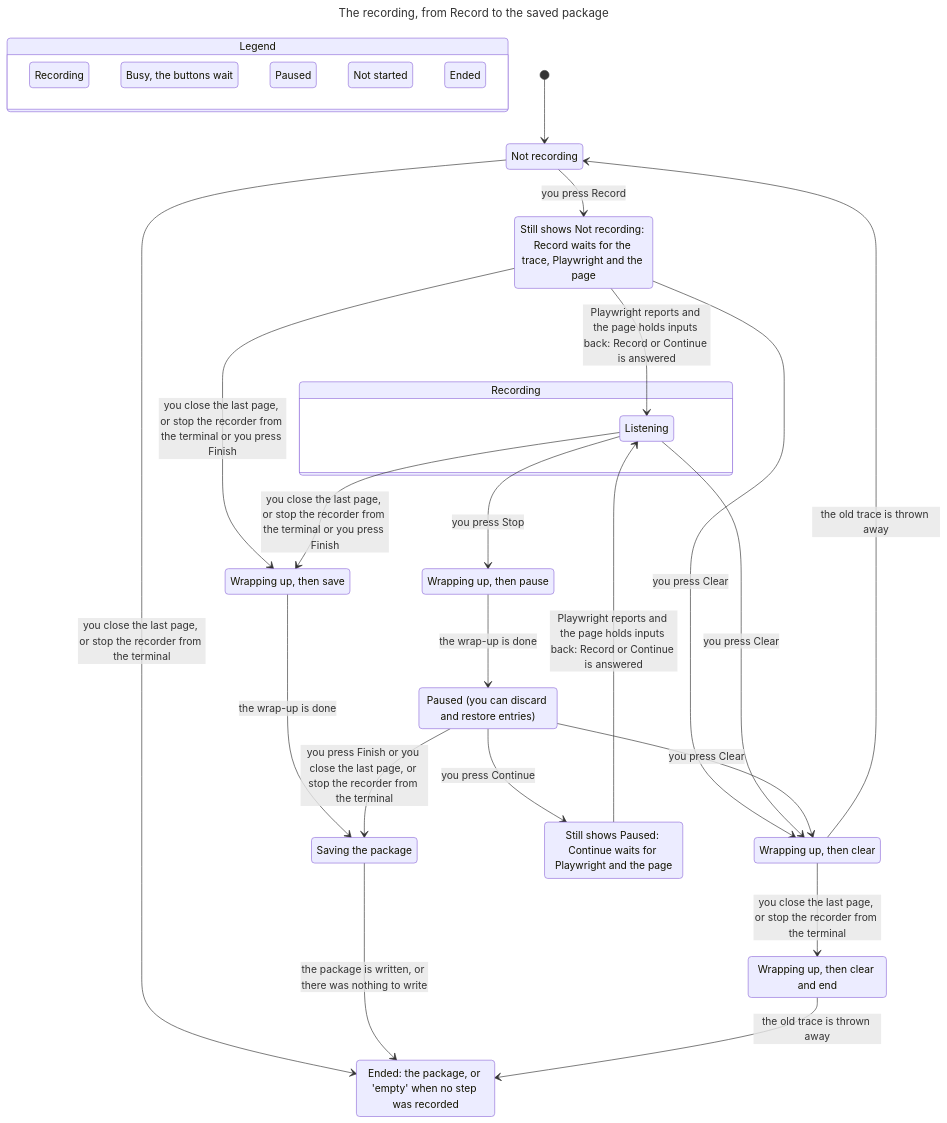
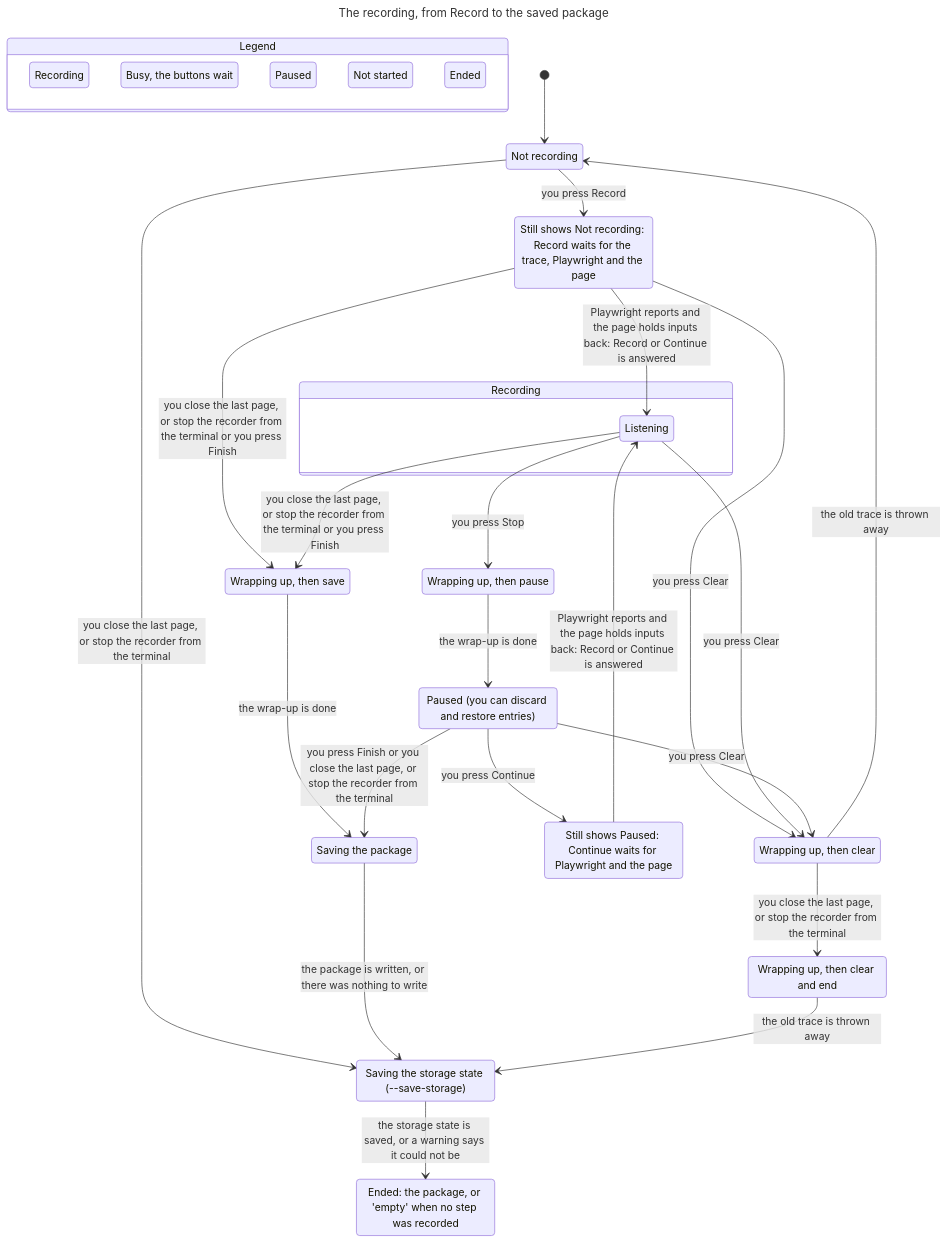
One commit to ayme-labs/ayme changed the first of 3 diagrams in packages/recorder/lifecycle-model/README.md. Above: the diagram before and after it, drawn with Mermaid. The commit also changed other lines of this file and 23 other files, not shown here.

First line of the commit message:
devex(recorder): model the storage save at the recorder's end

````diff
--- a/packages/recorder/lifecycle-model/README.md
+++ b/packages/recorder/lifecycle-model/README.md
@@ -101,61 +105,64 @@
 ```mermaid
 ---
 title: "The recording, from Record to the saved package"
 ---
 stateDiagram-v2
   state "Legend" as legend {
     lg0: Recording
     lg1: Busy, the buttons wait
     lg2: Paused
     lg3: Not started
     lg4: Ended
   }
   class lg0 teal
   class lg1 yellow
   class lg2 blue
   class lg3 tan
   class lg4 purple
   s0: Not recording
-  s1: Ended: the package, or 'empty' when no step was recorded
+  s1: Saving the storage state (--save-storage)
   s2: Still shows Not recording: Record waits for the trace, Playwright and the page
-  s3: Wrapping up, then save
-  s4: Wrapping up, then clear
-  s5: Saving the package
-  s6: Wrapping up, then clear and end
-  state "Recording" as s7 {
-    s8: Listening
+  s3: Ended: the package, or 'empty' when no step was recorded
+  s4: Wrapping up, then save
+  s5: Wrapping up, then clear
+  s6: Saving the package
+  s7: Wrapping up, then clear and end
+  state "Recording" as s8 {
+    s9: Listening
   }
-  s9: Wrapping up, then pause
-  s10: Paused (you can discard and restore entries)
-  s11: Still shows Paused: Continue waits for Playwright and the page
+  s10: Wrapping up, then pause
+  s11: Paused (you can discard and restore entries)
+  s12: Still shows Paused: Continue waits for Playwright and the page
   [*] --> s0
   s0 --> s1: you close the last page, or stop the recorder from the terminal
   s0 --> s2: you press Record
-  s2 --> s3: you close the last page, or stop the recorder from the terminal or you press Finish
-  s2 --> s4: you press Clear
-  s3 --> s5: the wrap-up is done
-  s2 --> s8: Playwright reports and the page holds inputs back: Record or Continue is answered
-  s4 --> s6: you close the last page, or stop the recorder from the terminal
-  s8 --> s3: you close the last page, or stop the recorder from the terminal or you press Finish
-  s8 --> s4: you press Clear
-  s8 --> s9: you press Stop
-  s5 --> s1: the package is written, or there was nothing to write
-  s6 --> s1: the old trace is thrown away
-  s4 --> s0: the old trace is thrown away
-  s9 --> s10: the wrap-up is done
-  s10 --> s5: you press Finish or you close the last page, or stop the recorder from the terminal
-  s10 --> s4: you press Clear
-  s10 --> s11: you press Continue
-  s11 --> s8: Playwright reports and the page holds inputs back: Record or Continue is answered
+  s1 --> s3: the storage state is saved, or a warning says it could not be
+  s2 --> s4: you close the last page, or stop the recorder from the terminal or you press Finish
+  s2 --> s5: you press Clear
+  s4 --> s6: the wrap-up is done
+  s2 --> s9: Playwright reports and the page holds inputs back: Record or Continue is answered
+  s5 --> s7: you close the last page, or stop the recorder from the terminal
+  s9 --> s4: you close the last page, or stop the recorder from the terminal or you press Finish
+  s9 --> s5: you press Clear
+  s9 --> s10: you press Stop
+  s6 --> s1: the package is written, or there was nothing to write
+  s7 --> s1: the old trace is thrown away
+  s5 --> s0: the old trace is thrown away
+  s10 --> s11: the wrap-up is done
+  s11 --> s6: you press Finish or you close the last page, or stop the recorder from the terminal
+  s11 --> s5: you press Clear
+  s11 --> s12: you press Continue
+  s12 --> s9: Playwright reports and the page holds inputs back: Record or Continue is answered
   class s0 tan
-  class s1 purple
+  class s1 yellow
   class s2 yellow
-  class s3 yellow
+  class s3 purple
   class s4 yellow
   class s5 yellow
   class s6 yellow
-  class s8 teal
-  class s9 yellow
-  class s10 blue
-  class s11 yellow
+  class s7 yellow
+  class s9 teal
+  class s10 yellow
+  class s11 blue
+  class s12 yellow
 ```
````
